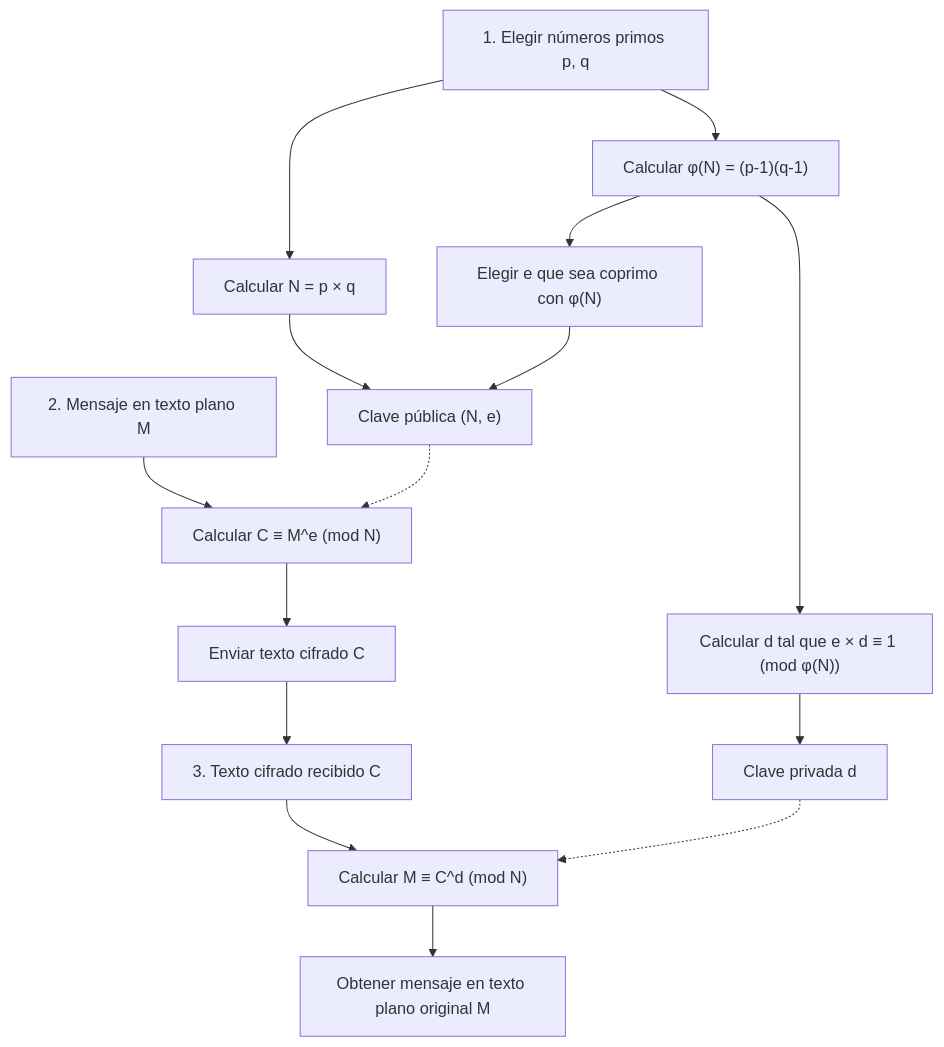
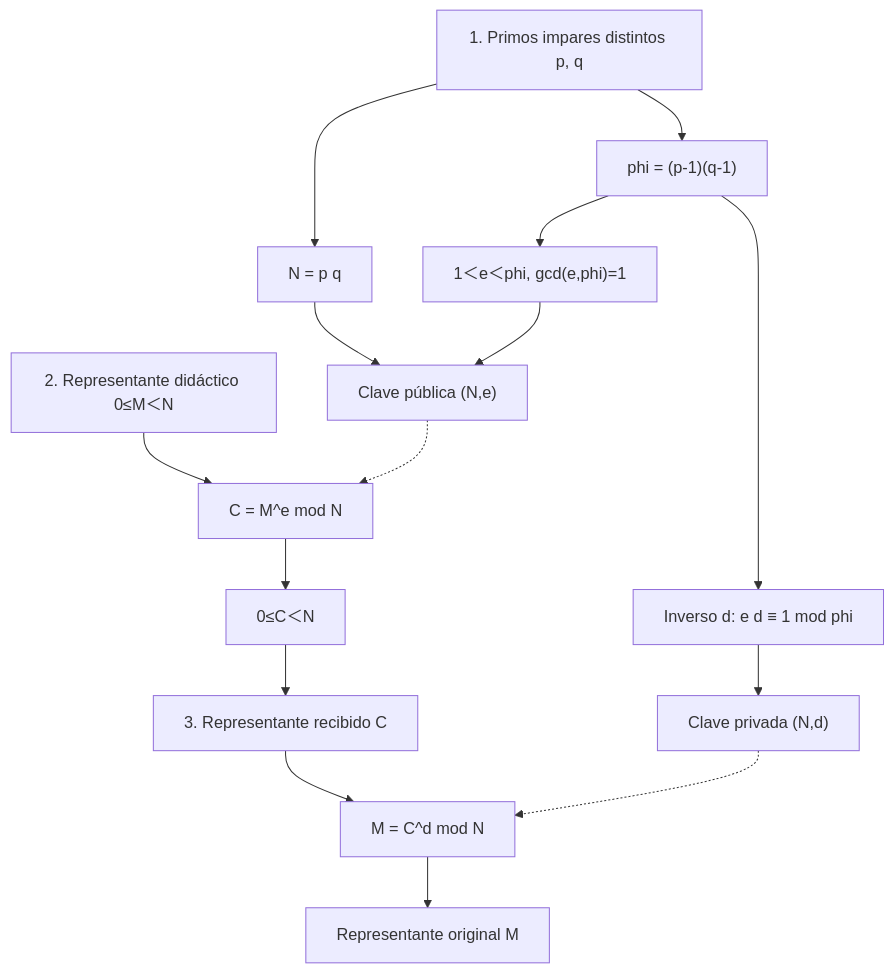
One commit to kenjinote/blog changed the second of 3 diagrams in content/post/rsa暗号の仕組みを高校生でもわかるように説明する/index.es.md. Above: the diagram before and after it, drawn with Mermaid. The commit also changed other lines of this file and 5 other files, not shown here.

````diff
--- a/content/post/rsa暗号の仕組みを高校生でもわかるように説明する/index.es.md
+++ b/content/post/rsa暗号の仕組みを高校生でもわかるように説明する/index.es.md
@@ -164,19 +103,17 @@
 ```mermaid
 flowchart TD
-    A1["1. Elegir números primos p, q"] --> A2["Calcular N = p × q"]
-    A1 --> A3["Calcular φ(N) = (p-1)(q-1)"]
-    A3 --> A4["Elegir e que sea coprimo con φ(N)"]
-    A3 --> A5["Calcular d tal que e × d ≡ 1 (mod φ(N))"]
-    A2 --> A6["Clave pública (N, e)"]
+    A1["1. Primos impares distintos p, q"] --> A2["N = p q"]
+    A1 --> A3["phi = (p-1)(q-1)"]
+    A3 --> A4["1＜e＜phi, gcd(e,phi)=1"]
+    A3 --> A5["Inverso d: e d ≡ 1 mod phi"]
+    A2 --> A6["Clave pública (N,e)"]
     A4 --> A6
-    A5 --> A7["Clave privada d"]
-    
-    B1["2. Mensaje en texto plano M"] --> B2["Calcular C ≡ M^e (mod N)"]
+    A5 --> A7["Clave privada (N,d)"]
+    B1["2. Representante didáctico 0≤M＜N"] --> B2["C = M^e mod N"]
     A6 -.-> B2
-    B2 --> B3["Enviar texto cifrado C"]
-    
-    B3 --> C1["3. Texto cifrado recibido C"]
-    C1 --> C2["Calcular M ≡ C^d (mod N)"]
+    B2 --> B3["0≤C＜N"]
+    B3 --> C1["3. Representante recibido C"]
+    C1 --> C2["M = C^d mod N"]
     A7 -.-> C2
-    C2 --> C3["Obtener mensaje en texto plano original M"]
+    C2 --> C3["Representante original M"]
 ```
````
